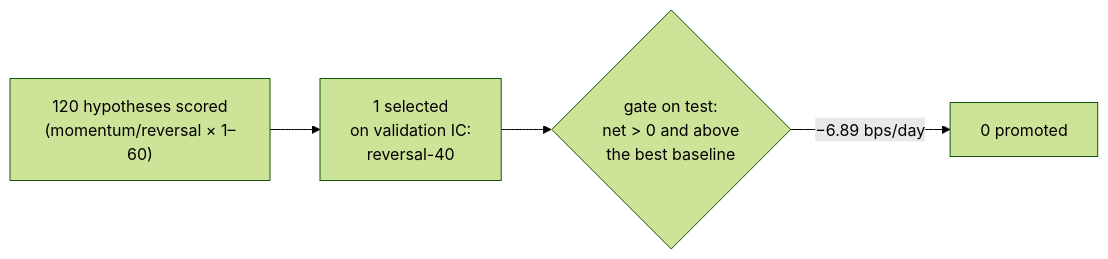
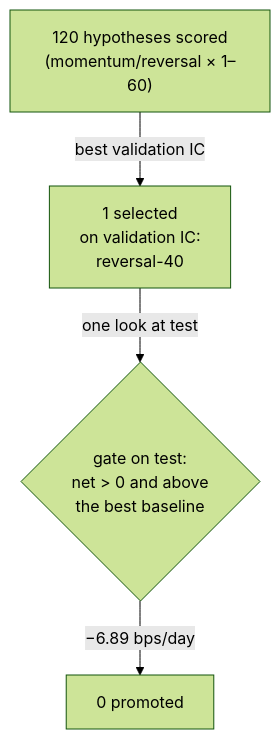
The second of 2 diagrams in docs/how-a-hypothesis-dies.md (oscar-chw/agentic-quant-research), drawn with Mermaid (forest theme) before and after one commit. The commit also changed other lines of this file and 9 other files, not shown here.

Commit message:
docs: make diagrams legible at README width

````diff
--- a/docs/how-a-hypothesis-dies.md
+++ b/docs/how-a-hypothesis-dies.md
@@ -107,6 +107,6 @@
 ```mermaid
-flowchart LR
-  A["120 hypotheses scored<br/>(momentum/reversal × 1–60)"] --> B["1 selected<br/>on validation IC:<br/>reversal-40"]
-  B --> C{"gate on test:<br/>net > 0 and above<br/>the best baseline"}
+flowchart TB
+  A["120 hypotheses scored<br/>(momentum/reversal × 1–60)"] -->|"best validation IC"| B["1 selected<br/>on validation IC:<br/>reversal-40"]
+  B -->|"one look at test"| C{"gate on test:<br/>net > 0 and above<br/>the best baseline"}
   C -->|"−6.89 bps/day"| D["0 promoted"]
 ```
````
